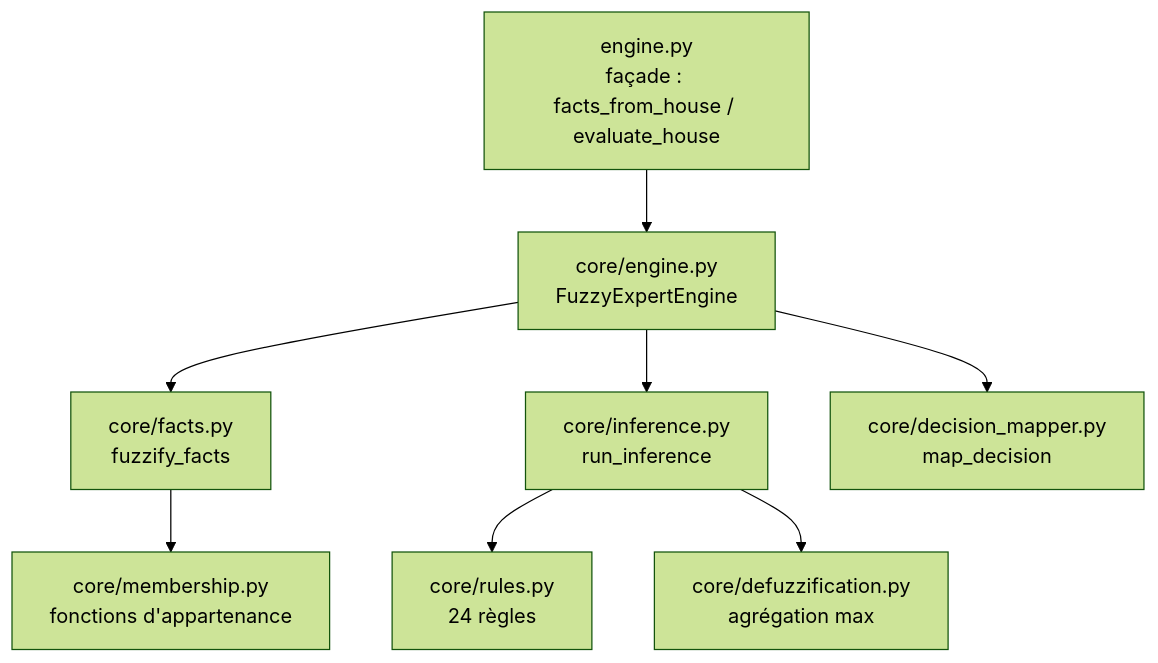
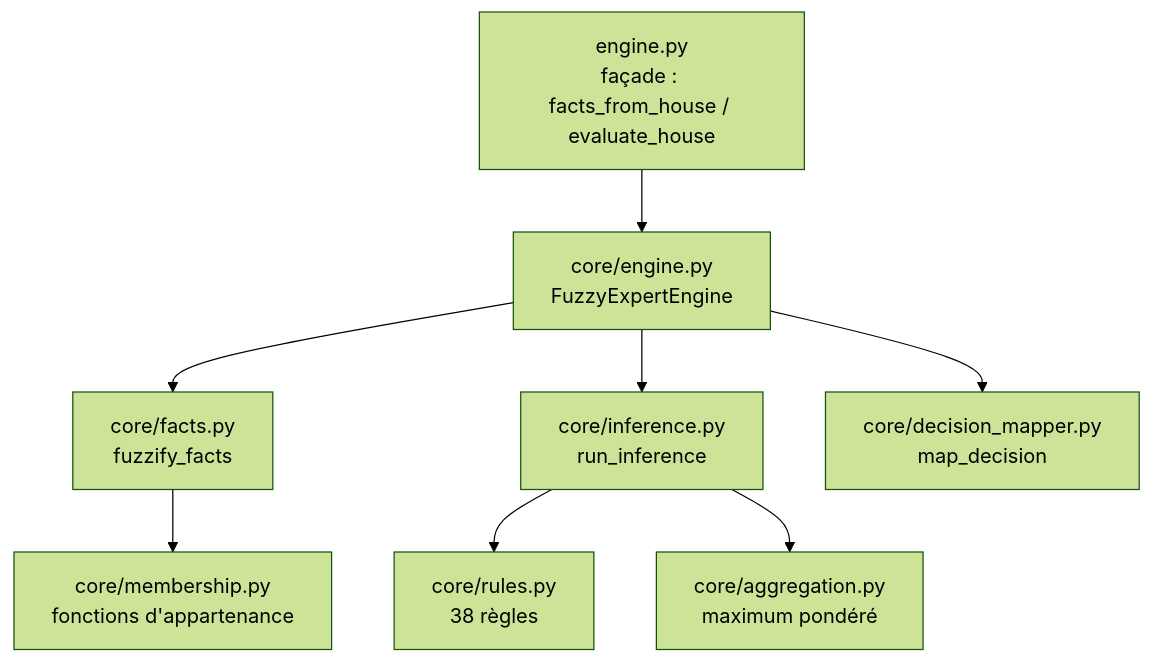
The diagram in docs/diagrams/02-organisation-code-flou.mmd (kevinManda17/energyMS), drawn with Mermaid (forest theme) before and after one commit. The commit also changed 12 other files, not shown here.

```diff
--- a/docs/diagrams/02-organisation-code-flou.mmd
+++ b/docs/diagrams/02-organisation-code-flou.mmd
@@ -1,8 +1,8 @@
 flowchart TD
     A[engine.py<br/>façade : facts_from_house / evaluate_house] --> B[core/engine.py<br/>FuzzyExpertEngine]
     B --> C[core/facts.py<br/>fuzzify_facts]
     C --> D[core/membership.py<br/>fonctions d'appartenance]
     B --> E[core/inference.py<br/>run_inference]
-    E --> F[core/rules.py<br/>24 règles]
-    E --> G[core/defuzzification.py<br/>agrégation max]
+    E --> F[core/rules.py<br/>38 règles]
+    E --> G[core/aggregation.py<br/>maximum pondéré]
     B --> H[core/decision_mapper.py<br/>map_decision]
```
